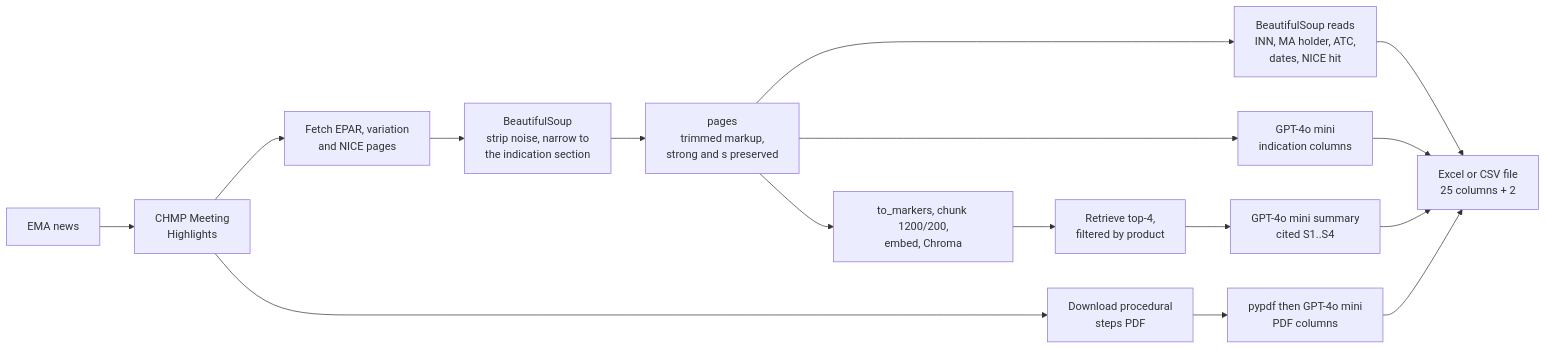
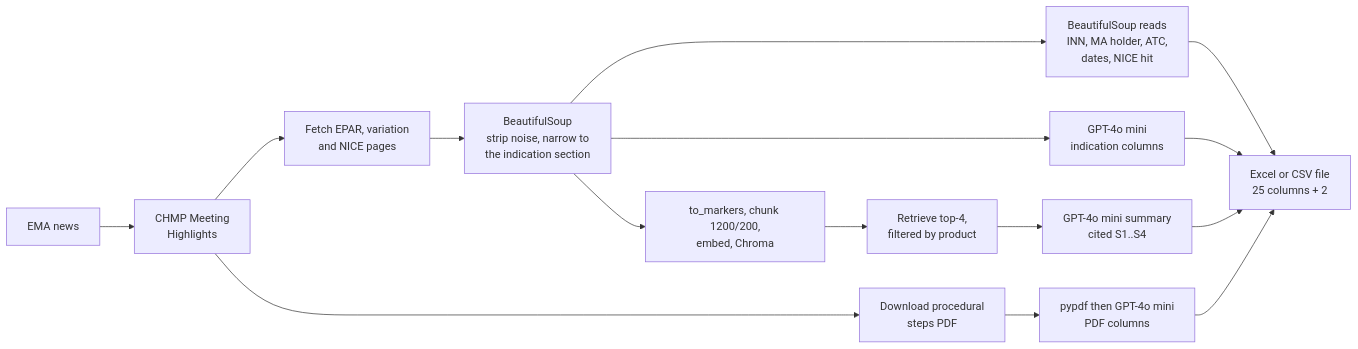
One commit to yumi-h-1/Automated-EMA-NICE-Data-Scraping changed the diagram in README.md. Above: the diagram before and after it, drawn with Mermaid.

Commit message:
Revise flowchart connections in README
Updated flowchart connections in README to reflect changes in processing steps.

````diff
--- a/README.md
+++ b/README.md
@@ -30,22 +30,21 @@
 ```mermaid
 flowchart LR
     N["EMA news"] --> MH["CHMP Meeting\nHighlights"]
     MH --> FET["Fetch EPAR, variation\nand NICE pages"]
     MH --> PDF["Download procedural\nsteps PDF"]
 
     FET --> TRIM["BeautifulSoup\nstrip noise, narrow to\nthe indication section"]
-    TRIM --> PG["pages\ntrimmed markup,\nstrong and s preserved"]
 
-    PG --> BS["BeautifulSoup reads\nINN, MA holder, ATC,\ndates, NICE hit"]
-    PG --> EXT["GPT-4o mini\nindication columns"]
-    PG --> IDX["to_markers, chunk 1200/200,\nembed, Chroma"]
+    TRIM --> BS["BeautifulSoup reads\nINN, MA holder, ATC,\ndates, NICE hit"]
+    TRIM --> EXT["GPT-4o mini\nindication columns"]
+    TRIM --> IDX["to_markers, chunk 1200/200,\nembed, Chroma"]
     PDF --> PEX["pypdf then GPT-4o mini\nPDF columns"]
 
     IDX --> RET["Retrieve top-4,\nfiltered by product"]
     RET --> SUM["GPT-4o mini summary\ncited S1..S4"]
 
     BS --> OUT["Excel or CSV file\n25 columns + 2"]
     EXT --> OUT
     PEX --> OUT
     SUM --> OUT
 ```
````
